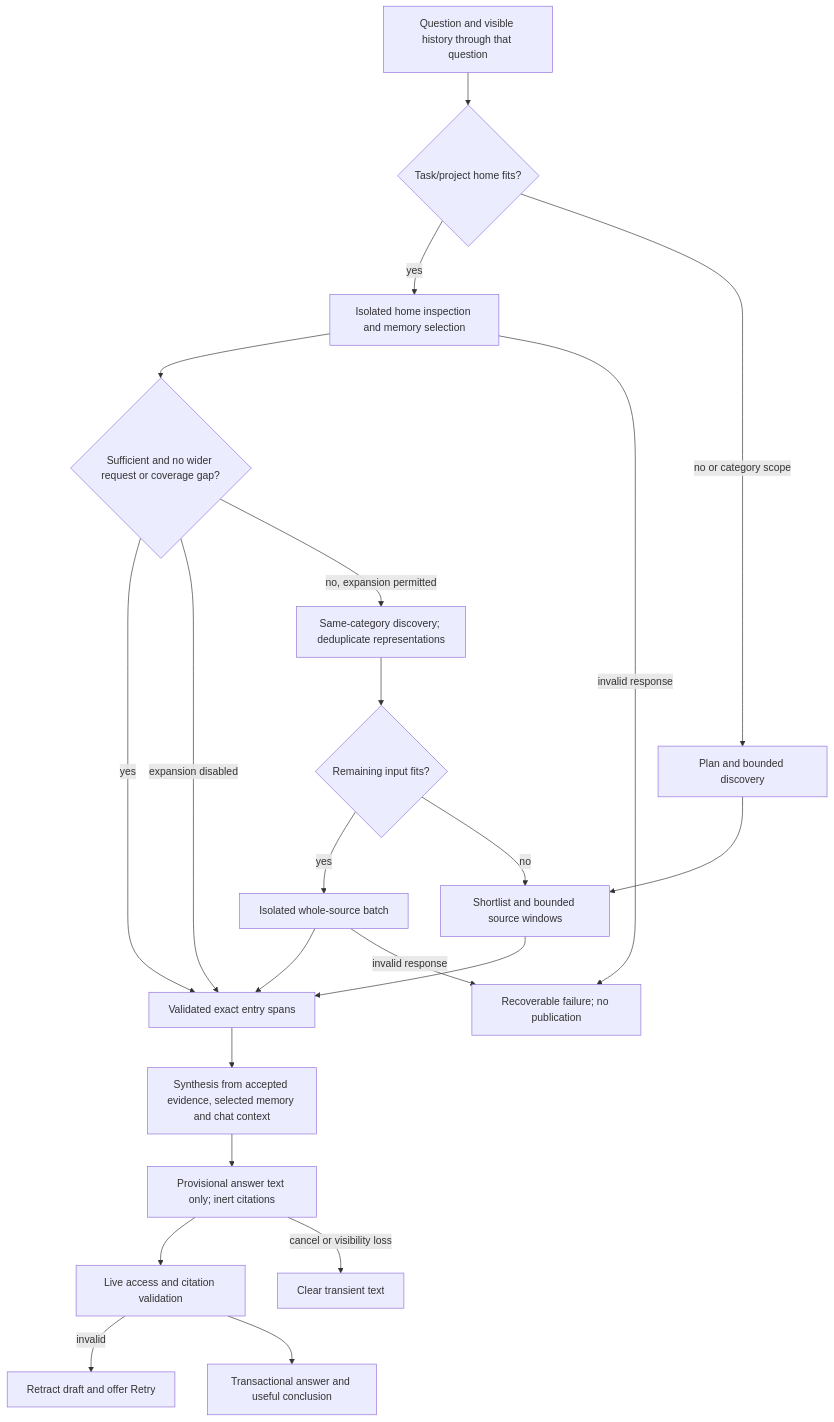
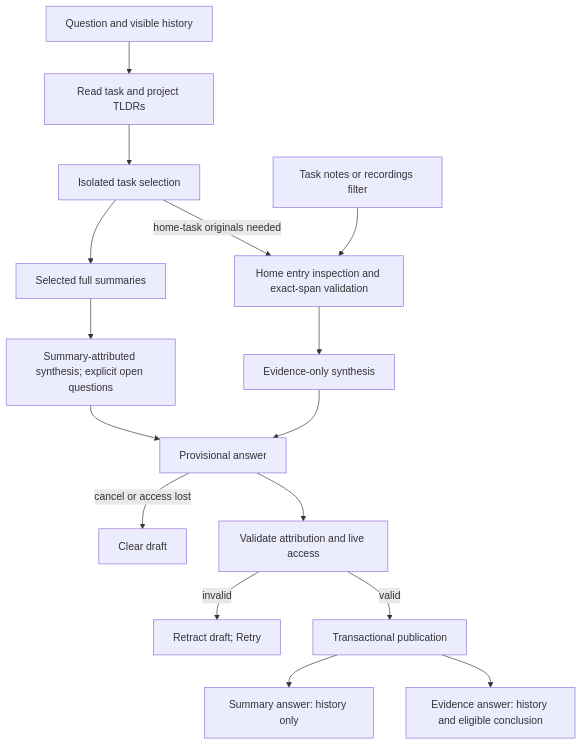
One commit to matthiasn/lotti changed the third of 4 diagrams in knowledge/features/agents/query-chat.md. Above: the diagram before and after it, drawn with Mermaid. The commit also changed other lines of this file and 21 other files, not shown here.

Commit message:
feat: answer query chat from existing task summaries (#4244)

````diff
--- a/knowledge/features/agents/query-chat.md
+++ b/knowledge/features/agents/query-chat.md
@@ -344,24 +374,18 @@
 ```mermaid
 flowchart TD
-  Question["Question and visible history through that question"] --> Fits{"Task/project home fits?"}
-  Fits -->|yes| Batch["Isolated home inspection and memory selection"]
-  Batch --> Enough{"Sufficient and no wider request or coverage gap?"}
-  Enough -->|yes| Evidence["Validated exact entry spans"]
-  Enough -->|expansion disabled| Evidence
-  Enough -->|no, expansion permitted| Expand["Same-category discovery; deduplicate representations"]
-  Expand --> Remaining{"Remaining input fits?"}
-  Remaining -->|yes| BatchMore["Isolated whole-source batch"]
-  BatchMore --> Evidence
-  Remaining -->|no| Windows["Shortlist and bounded source windows"]
-  Fits -->|no or category scope| Plan["Plan and bounded discovery"]
-  Plan --> Windows
-  Windows --> Evidence
-  Evidence --> Answer["Synthesis from accepted evidence, selected memory and chat context"]
-  Answer --> Draft["Provisional answer text only; inert citations"]
-  Draft --> Gate["Live access and citation validation"]
-  Draft -->|cancel or visibility loss| Clear["Clear transient text"]
-  Gate -->|invalid| Retract["Retract draft and offer Retry"]
-  Gate --> Commit["Transactional answer and useful conclusion"]
-  Batch -->|invalid response| Retry["Recoverable failure; no publication"]
-  BatchMore -->|invalid response| Retry
+  Question["Question and visible history"] --> TLDR["Read task and project TLDRs"]
+  TLDR --> Select["Isolated task selection"]
+  Select --> Full["Selected full summaries"]
+  Select -->|home-task originals needed| Inspect["Home entry inspection and exact-span validation"]
+  Filter["Task notes or recordings filter"] --> Inspect
+  Full --> Synthesis["Summary-attributed synthesis; explicit open questions"]
+  Inspect --> Exact["Evidence-only synthesis"]
+  Synthesis --> Draft["Provisional answer"]
+  Exact --> Draft
+  Draft -->|cancel or access lost| Clear["Clear draft"]
+  Draft --> Validate["Validate attribution and live access"]
+  Validate -->|invalid| Retry["Retract draft; Retry"]
+  Validate -->|valid| Publish["Transactional publication"]
+  Publish --> SummaryHistory["Summary answer: history only"]
+  Publish --> EvidenceHistory["Evidence answer: history and eligible conclusion"]
 ```
````
